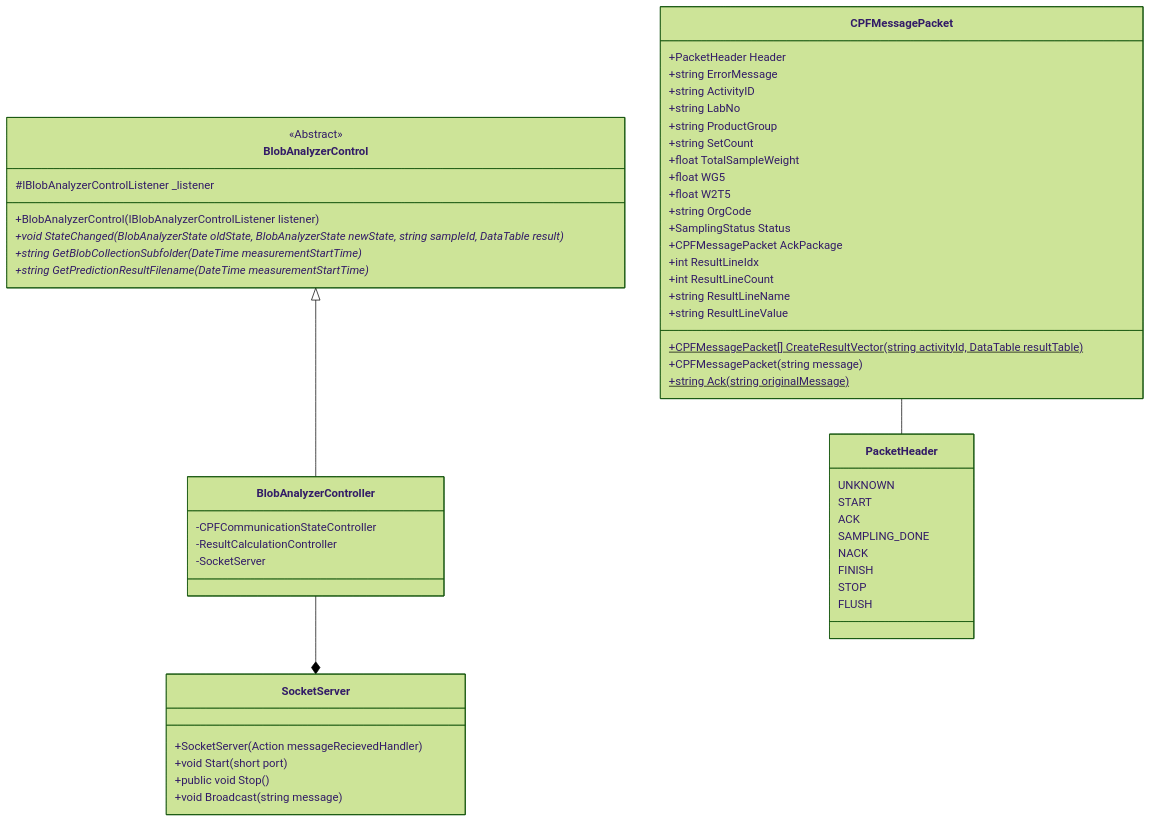
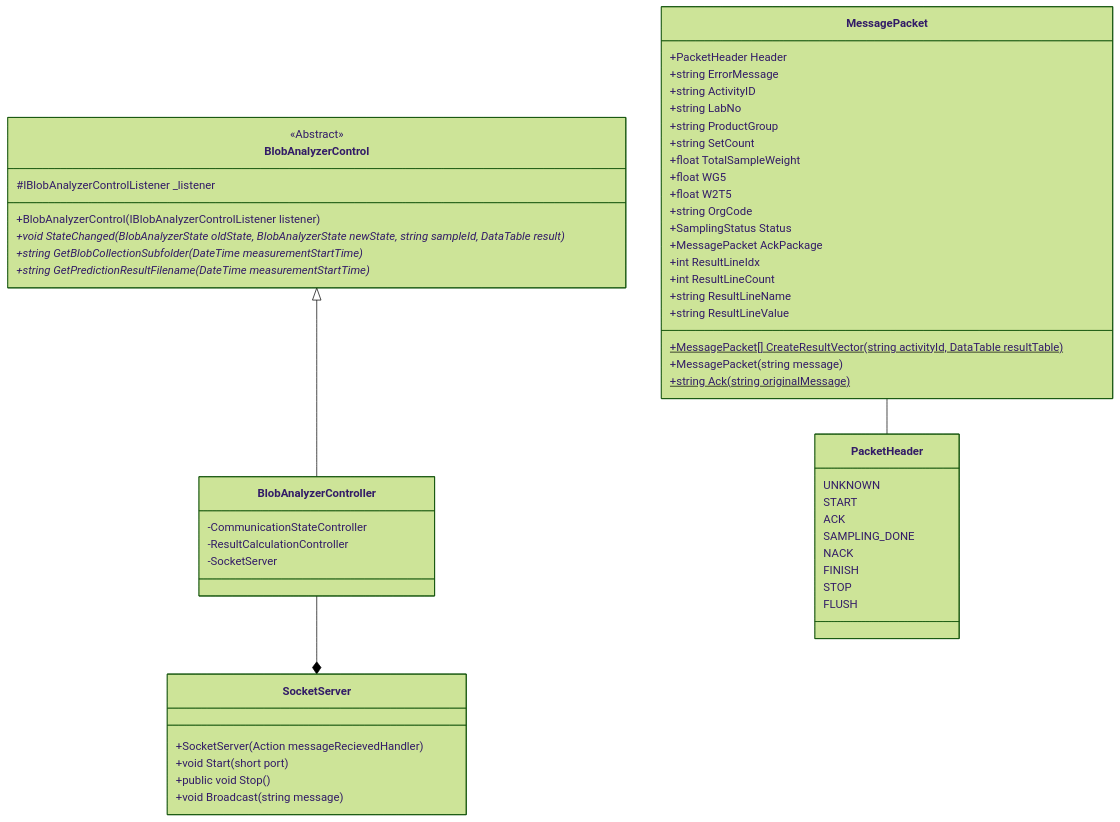
Before and after one commit to Videometer/VM.Lab.BlobAnalyzer.SocketController: the second of 2 diagrams in README.md, drawn with Mermaid (forest theme). The commit also changed other lines of this file, not shown here.

Commit message:
Updated documentation to new match new class names

````diff
--- a/README.md
+++ b/README.md
@@ -114,62 +114,62 @@
 ```mermaid
 classDiagram
 class BlobAnalyzerControl {
     <<Abstract>>
 	#IBlobAnalyzerControlListener _listener
     +BlobAnalyzerControl(IBlobAnalyzerControlListener listener)
     +void StateChanged(BlobAnalyzerState oldState, BlobAnalyzerState newState, string sampleId, DataTable result)*
     +string GetBlobCollectionSubfolder(DateTime measurementStartTime)*
     +string GetPredictionResultFilename(DateTime measurementStartTime)*
 }
 
 BlobAnalyzerController --* SocketServer 
 class SocketServer {
     +SocketServer(Action<string> messageRecievedHandler)
     +void Start(short port)
     +public void Stop()
     +void Broadcast(string message)
 }
 
 BlobAnalyzerControl <|-- BlobAnalyzerController 
 class BlobAnalyzerController {
-    -CPFCommunicationStateController
+    -CommunicationStateController
     -ResultCalculationController
     -SocketServer
 }
 
-class CPFMessagePacket {
-    +CPFMessagePacket[] CreateResultVector(string activityId, DataTable resultTable)$
-    +CPFMessagePacket(string message)
+class MessagePacket {
+    +MessagePacket[] CreateResultVector(string activityId, DataTable resultTable)$
+    +MessagePacket(string message)
     +string Ack(string originalMessage)$
     
     +PacketHeader Header 
     +string ErrorMessage 
     +string ActivityID 
     +string LabNo 
     +string ProductGroup 
     +string SetCount 
     +float TotalSampleWeight 
     +float WG5 
     +float W2T5 
     +string OrgCode 
     +SamplingStatus Status 
-    +CPFMessagePacket AckPackage 
+    +MessagePacket AckPackage 
     
     +int ResultLineIdx 
     +int ResultLineCount 
     +string ResultLineName 
     +string ResultLineValue 
 }
 
-CPFMessagePacket -- PacketHeader
+MessagePacket -- PacketHeader
 class PacketHeader {
     UNKNOWN
     START
     ACK
     SAMPLING_DONE
     NACK
     FINISH
     STOP
     FLUSH
 }
 ```
````
